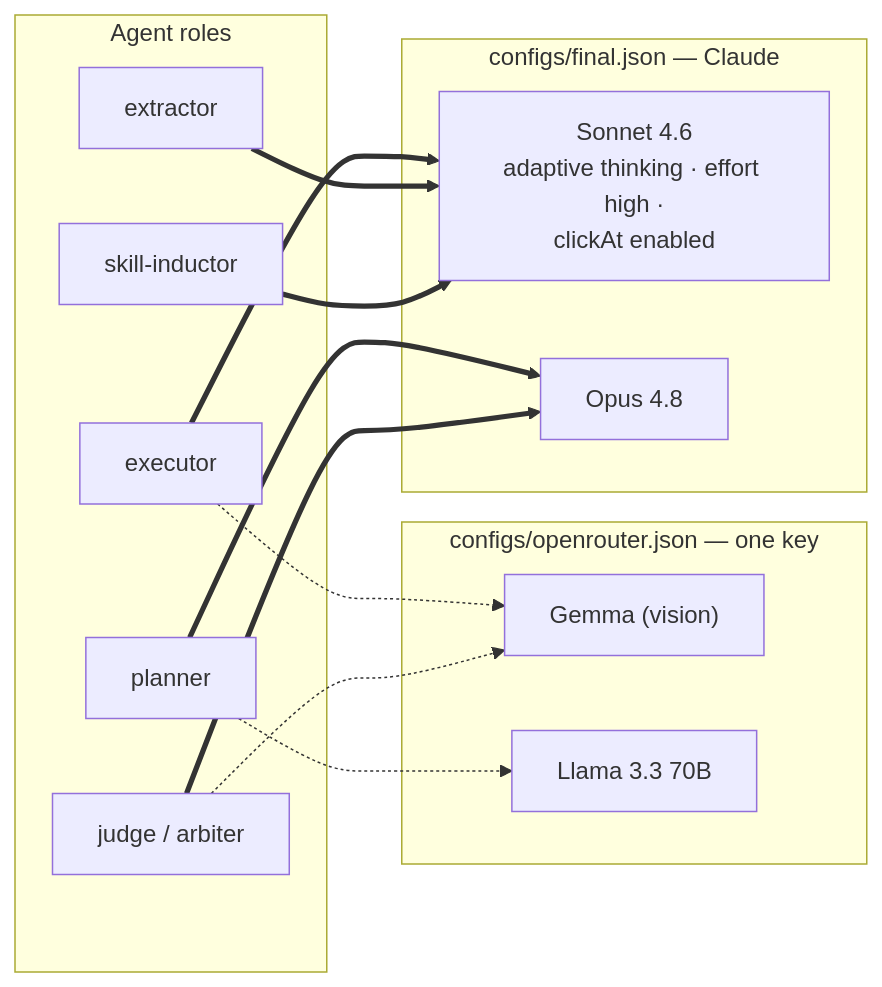
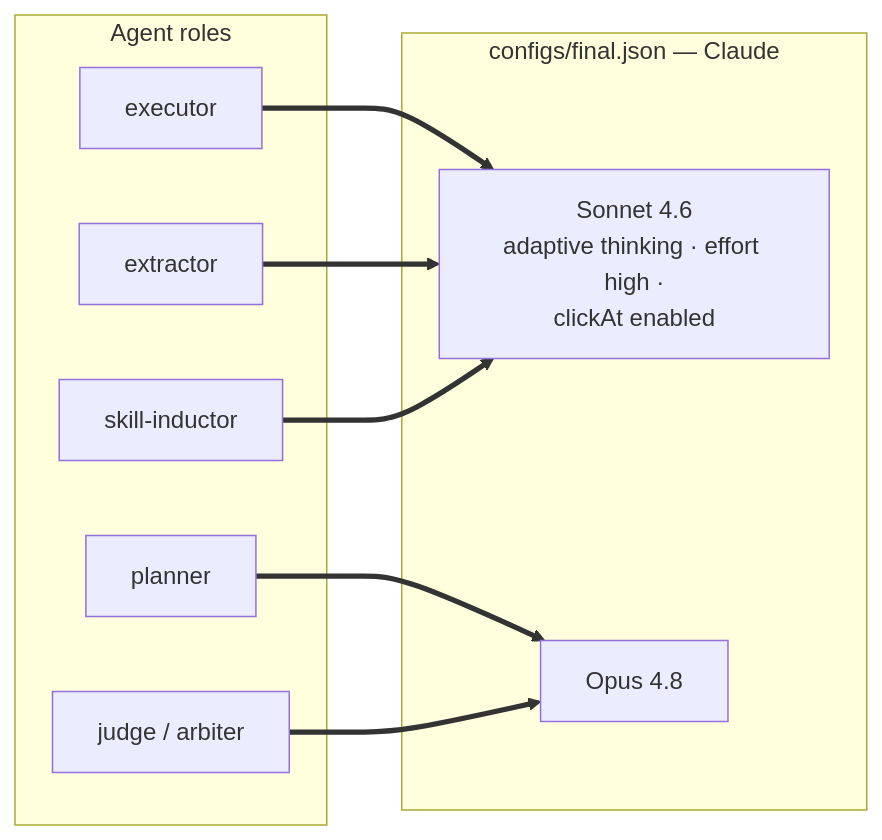
One commit to vimalyad/accura changed the third of 3 diagrams in README.md. Above: the diagram before and after it, drawn with Mermaid. The commit also changed other lines of this file and 7 other files, not shown here.

````diff
--- a/README.md
+++ b/README.md
@@ -128,29 +123,21 @@
 ```mermaid
 flowchart LR
     subgraph roles["Agent roles"]
         E[executor]
         P[planner]
         J[judge / arbiter]
         X[extractor]
         S[skill-inductor]
     end
 
-    subgraph openrouter["configs/openrouter.json — one key"]
-        GEMMA["Gemma (vision)"]
-        LLAMA["Llama 3.3 70B"]
-    end
-
     subgraph final["configs/final.json — Claude"]
         SONNET["Sonnet 4.6<br/>adaptive thinking · effort high ·<br/>clickAt enabled"]
         OPUS["Opus 4.8"]
     end
 
-    E -.-> GEMMA
-    P -.-> LLAMA
-    J -.-> GEMMA
     E ==> SONNET
     X ==> SONNET
     S ==> SONNET
     P ==> OPUS
     J ==> OPUS
 ```
````
